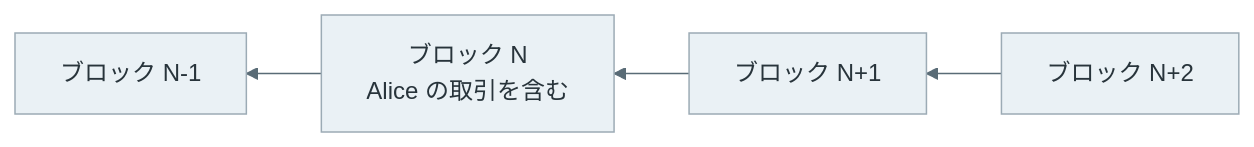
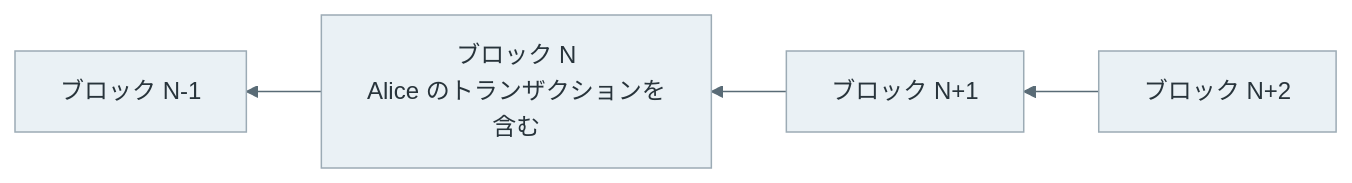
Before and after one commit to nao1215/debimate: the fifth of 5 diagrams in content/notes/blockchain-systems/bitcoin-transaction-lifecycle/index.md, drawn with Mermaid. The commit also changed other lines of this file and 12 other files, not shown here.

````diff
--- a/content/notes/blockchain-systems/bitcoin-transaction-lifecycle/index.md
+++ b/content/notes/blockchain-systems/bitcoin-transaction-lifecycle/index.md
@@ -160,8 +160,8 @@
 ```mermaid
 %%{init: {"theme":"base","themeVariables":{"primaryColor":"#eaf1f5","primaryTextColor":"#28343b","primaryBorderColor":"#9cabb5","lineColor":"#596b76","textColor":"#28343b","actorBkg":"#eaf1f5","actorBorder":"#9cabb5","actorTextColor":"#28343b","actorLineColor":"#9cabb5","signalColor":"#596b76","signalTextColor":"#28343b","noteBkgColor":"#f7f1e5","noteBorderColor":"#c5b99b","noteTextColor":"#403c32","activationBkgColor":"#edf3ef","activationBorderColor":"#9aafa1"}}}%%
 flowchart RL
     B3["ブロック N+2"] --> B2["ブロック N+1"]
-    B2 --> B1["ブロック N<br/>Alice の取引を含む"]
+    B2 --> B1["ブロック N<br/>Alice のトランザクションを含む"]
     B1 --> B0["ブロック N-1"]
     classDef default fill:#eaf1f5,stroke:#9cabb5,color:#28343b;
 ```
````
